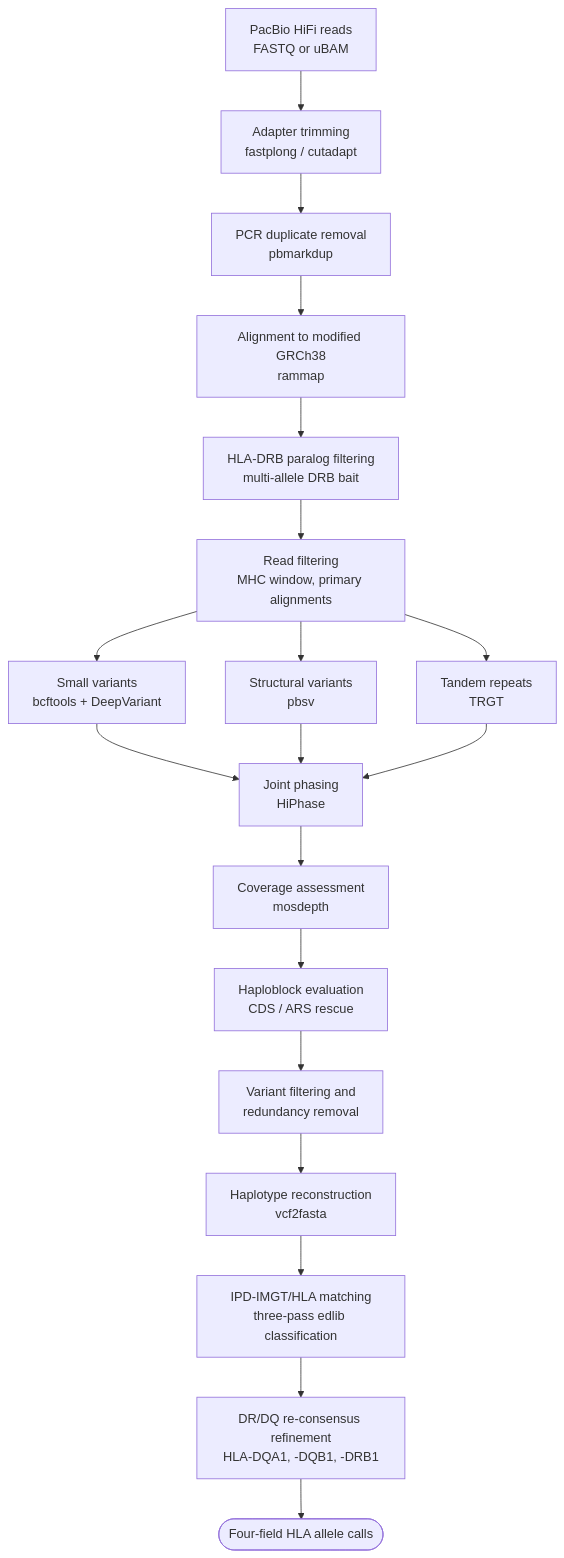
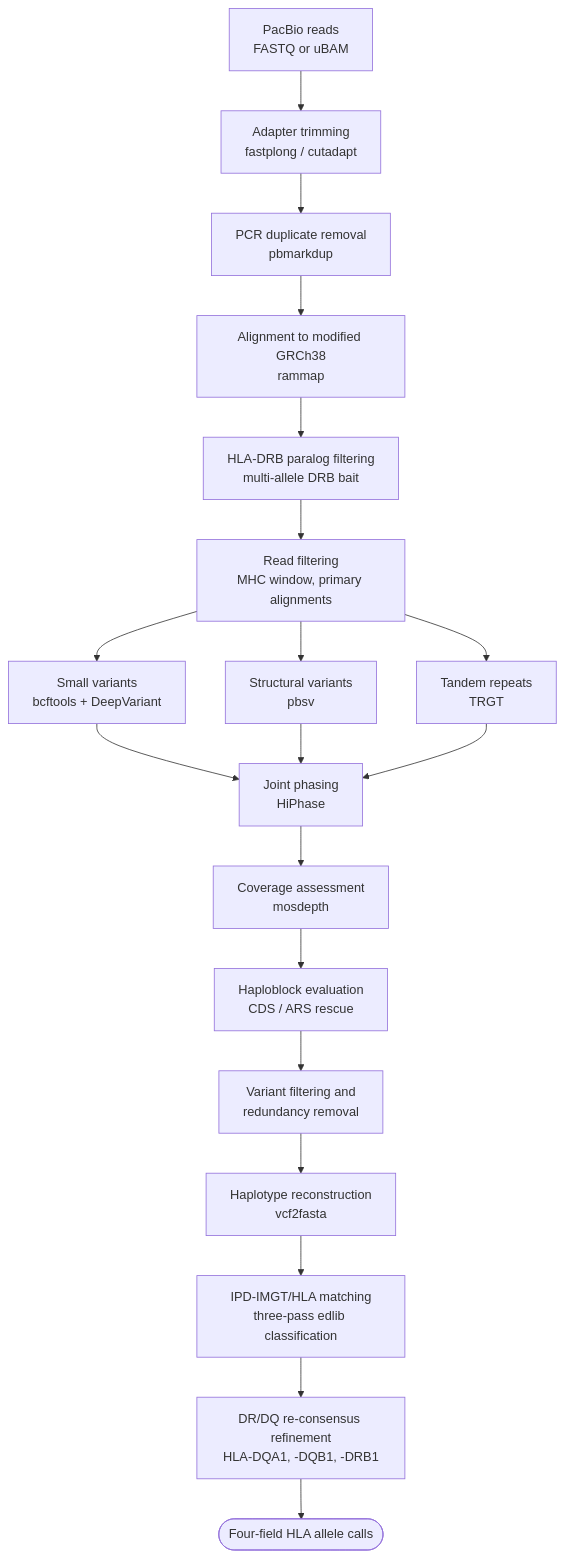
Before and after one commit to matthewglasenapp/hla_resolve: the diagram in README.md, drawn with Mermaid. The commit also changed other lines of this file, not shown here.

````diff
--- a/README.md
+++ b/README.md
@@ -281,21 +281,21 @@
 ```mermaid
 flowchart TD
-  A[PacBio HiFi reads<br/>FASTQ or uBAM] --> B[Adapter trimming<br/>fastplong / cutadapt]
+  A[PacBio reads<br/>FASTQ or uBAM] --> B[Adapter trimming<br/>fastplong / cutadapt]
   B --> C[PCR duplicate removal<br/>pbmarkdup]
   C --> D[Alignment to modified GRCh38<br/>rammap]
   D --> E[HLA-DRB paralog filtering<br/>multi-allele DRB bait]
   E --> F[Read filtering<br/>MHC window, primary alignments]
   F --> G[Small variants<br/>bcftools + DeepVariant]
   F --> H[Structural variants<br/>pbsv]
   F --> I[Tandem repeats<br/>TRGT]
   G --> J[Joint phasing<br/>HiPhase]
   H --> J
   I --> J
   J --> K[Coverage assessment<br/>mosdepth]
   K --> L[Haploblock evaluation<br/>CDS / ARS rescue]
   L --> M[Variant filtering and<br/>redundancy removal]
   M --> N[Haplotype reconstruction<br/>vcf2fasta]
   N --> O[IPD-IMGT/HLA matching<br/>three-pass edlib classification]
   O --> P[DR/DQ re-consensus refinement<br/>HLA-DQA1, -DQB1, -DRB1]
   P --> Q([Four-field HLA allele calls])
 ```
````
